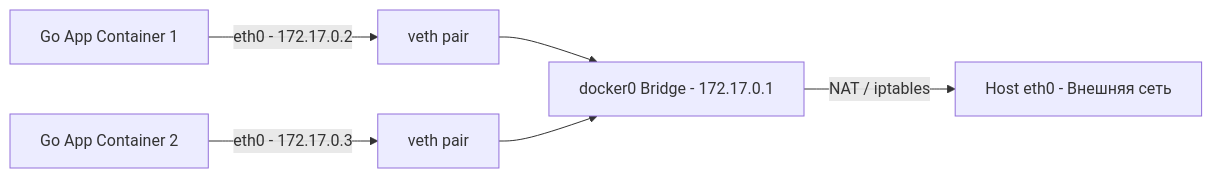
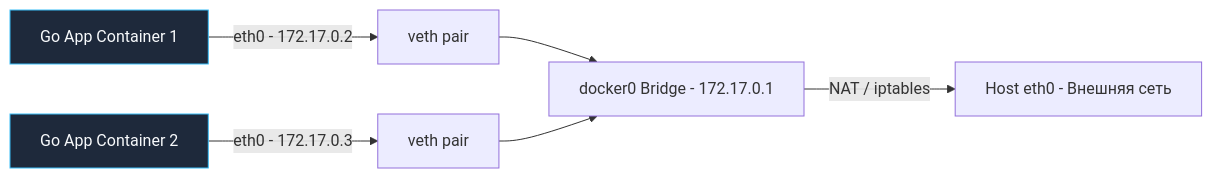
Before and after one commit to UnrealTemplier/go-textbook: the diagram in sources/19. Инфраструктура. Linux, nginx, Docker, Kubernetes/03. Docker/4. Docker networking.md, drawn with Mermaid. The commit also changed 1666 other files, not shown here.

First line of the commit message:
feat(mermaid): add semantic color classDef to 1369 colorless flowchart/graph diagrams

````diff
--- a/sources/19. Инфраструктура. Linux, nginx, Docker, Kubernetes/03. Docker/4. Docker networking.md
+++ b/sources/19. Инфраструктура. Linux, nginx, Docker, Kubernetes/03. Docker/4. Docker networking.md
@@ -20,8 +20,18 @@
 ```mermaid
 flowchart LR
-    A["Go App Container 1"] -->|"eth0 - 172.17.0.2"| B["veth pair"]
+    classDef process  fill:#1e293b,stroke:#38bdf8,stroke-width:1px,color:#f8fafc
+    classDef success  fill:#064e3b,stroke:#34d399,stroke-width:1px,color:#f8fafc
+    classDef error    fill:#7f1d1d,stroke:#f87171,stroke-width:1px,color:#f8fafc
+    classDef warning  fill:#78350f,stroke:#fbbf24,stroke-width:1px,color:#f8fafc
+    classDef entry    fill:#1e3a5f,stroke:#38bdf8,stroke-width:2px,color:#f8fafc
+    classDef aux      fill:#334155,stroke:#64748b,stroke-width:1px,color:#f8fafc
+    classDef system   fill:#312e81,stroke:#a78bfa,stroke-width:1px,color:#f8fafc
+    classDef data     fill:#132d29,stroke:#2dd4bf,stroke-width:1px,color:#f8fafc
+    classDef network  fill:#881337,stroke:#fb7185,stroke-width:1px,color:#f8fafc
+    classDef accent   fill:#1e1b4b,stroke:#818cf8,stroke-width:1px,color:#f8fafc
+    A["Go App Container 1"]:::process -->|"eth0 - 172.17.0.2"| B["veth pair"]
     B --> C["docker0 Bridge - 172.17.0.1"]
-    D["Go App Container 2"] -->|"eth0 - 172.17.0.3"| E["veth pair"]
+    D["Go App Container 2"]:::process -->|"eth0 - 172.17.0.3"| E["veth pair"]
     E --> C
     C -->|"NAT / iptables"| F["Host eth0 - Внешняя сеть"]
 ```
````
